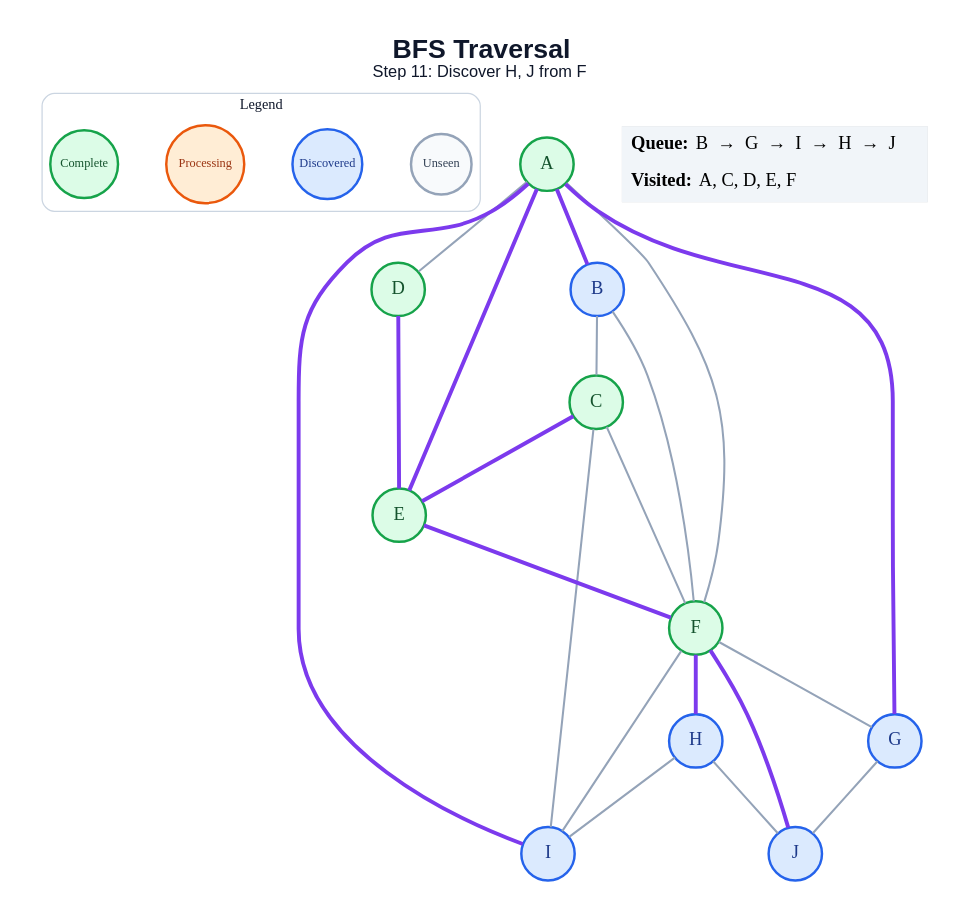
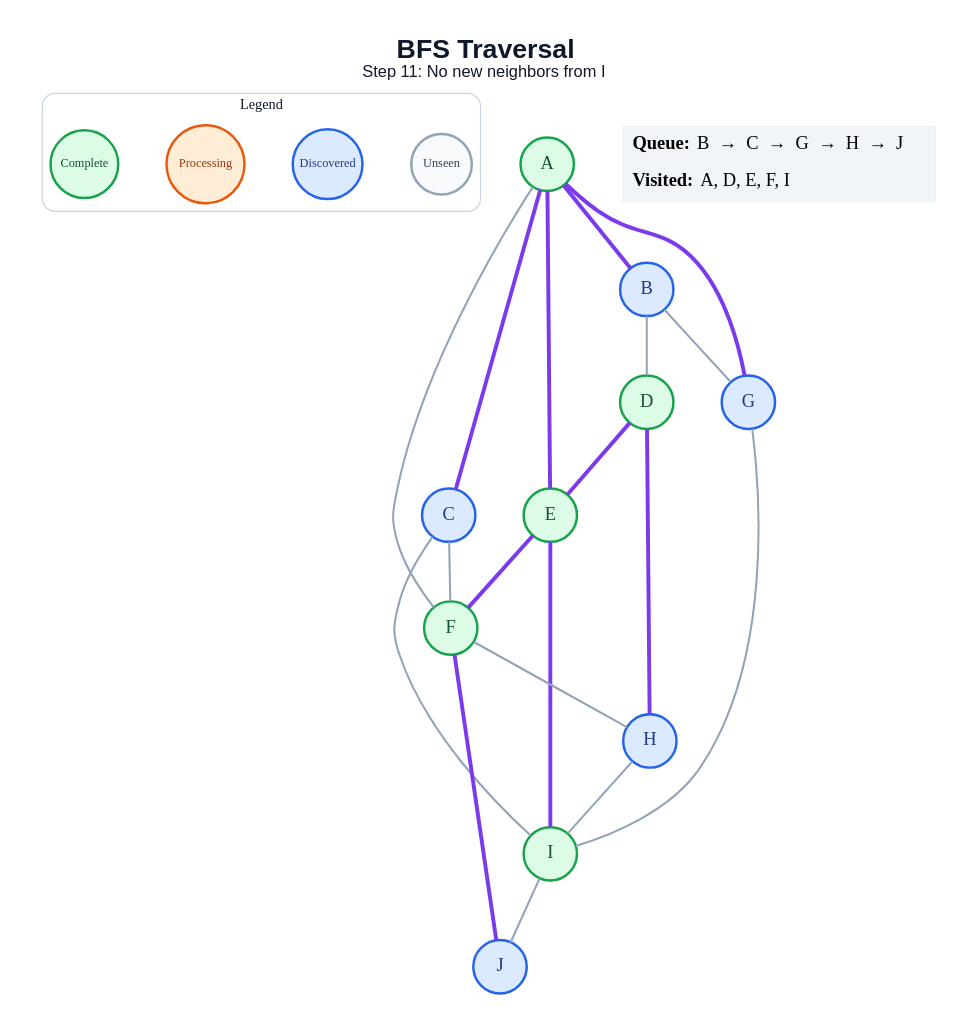
The diagram in generated/specific-node/bfs/step_11.dot (amanghodawala9/ai-slop), drawn with Graphviz before and after one commit. The commit also changed 178 other files, not shown here.

```diff
--- a/generated/specific-node/bfs/step_11.dot
+++ b/generated/specific-node/bfs/step_11.dot
@@ -1,49 +1,47 @@
 graph traversal {
   graph [layout=dot, rankdir=TB, bgcolor="#FFFFFF", pad="0.35", nodesep="0.65", ranksep="0.8", fontname="Arial"];
   node [shape=circle, style="filled", fontname="Arial Bold", fontsize=18, width=0.72, fixedsize=true, penwidth=2.4];
   edge [color="#94A3B8", penwidth=2.0];
-  label=<<B>BFS Traversal</B><BR/><FONT POINT-SIZE="16">Step 11: Discover H, J from F</FONT>>; labelloc="t"; fontsize=26; fontname="Arial"; fontcolor="#0F172A";
+  label=<<B>BFS Traversal</B><BR/><FONT POINT-SIZE="16">Step 11: No new neighbors from I</FONT>>; labelloc="t"; fontsize=26; fontname="Arial"; fontcolor="#0F172A";
   subgraph cluster_legend { label="Legend"; color="#CBD5E1"; penwidth=1.2; style="rounded"; fontsize=14; fontname="Arial Bold";
     key_unseen [label="Unseen", fillcolor="#F8FAFC", color="#94A3B8", fontcolor="#334155", fontsize=12, width=0.82];
     key_frontier [label="Discovered", fillcolor="#DBEAFE", color="#2563EB", fontcolor="#1E3A8A", fontsize=12, width=0.95];
     key_current [label="Processing", fillcolor="#FFEDD5", color="#EA580C", fontcolor="#9A3412", fontsize=12, width=1.05];
     key_done [label="Complete", fillcolor="#DCFCE7", color="#16A34A", fontcolor="#14532D", fontsize=12, width=0.92];
     { rank=same; key_unseen; key_frontier; key_current; key_done; }
   }
   A [fillcolor="#DCFCE7", color="#16A34A", fontcolor="#14532D"];
   B [fillcolor="#DBEAFE", color="#2563EB", fontcolor="#1E3A8A"];
-  C [fillcolor="#DCFCE7", color="#16A34A", fontcolor="#14532D"];
+  C [fillcolor="#DBEAFE", color="#2563EB", fontcolor="#1E3A8A"];
   D [fillcolor="#DCFCE7", color="#16A34A", fontcolor="#14532D"];
   E [fillcolor="#DCFCE7", color="#16A34A", fontcolor="#14532D"];
   F [fillcolor="#DCFCE7", color="#16A34A", fontcolor="#14532D"];
   G [fillcolor="#DBEAFE", color="#2563EB", fontcolor="#1E3A8A"];
   H [fillcolor="#DBEAFE", color="#2563EB", fontcolor="#1E3A8A"];
-  I [fillcolor="#DBEAFE", color="#2563EB", fontcolor="#1E3A8A"];
+  I [fillcolor="#DCFCE7", color="#16A34A", fontcolor="#14532D"];
   J [fillcolor="#DBEAFE", color="#2563EB", fontcolor="#1E3A8A"];
   A -- B [color="#7C3AED", penwidth=3.8];
-  A -- D;
+  A -- C [color="#7C3AED", penwidth=3.8];
   A -- E [color="#7C3AED", penwidth=3.8];
   A -- F;
   A -- G [color="#7C3AED", penwidth=3.8];
-  A -- I [color="#7C3AED", penwidth=3.8];
-  B -- C;
-  B -- F;
-  C -- E [color="#7C3AED", penwidth=3.8];
+  B -- D;
+  B -- G;
   C -- F;
   C -- I;
   D -- E [color="#7C3AED", penwidth=3.8];
+  D -- H [color="#7C3AED", penwidth=3.8];
   E -- F [color="#7C3AED", penwidth=3.8];
-  F -- G;
-  F -- H [color="#7C3AED", penwidth=3.8];
-  F -- I;
+  E -- I [color="#7C3AED", penwidth=3.8];
+  F -- H;
   F -- J [color="#7C3AED", penwidth=3.8];
-  G -- J;
+  G -- I;
   H -- I;
-  H -- J;
+  I -- J;
   status [shape=plain, fixedsize=false, width=0, height=0, margin=0, label=<
     <TABLE BORDER="0" CELLBORDER="0" CELLPADDING="7" BGCOLOR="#F1F5F9">
-      <TR><TD ALIGN="LEFT"><B>Queue:</B> B  →  G  →  I  →  H  →  J</TD></TR>
-      <TR><TD ALIGN="LEFT"><B>Visited:</B> A, C, D, E, F</TD></TR>
+      <TR><TD ALIGN="LEFT"><B>Queue:</B> B  →  C  →  G  →  H  →  J</TD></TR>
+      <TR><TD ALIGN="LEFT"><B>Visited:</B> A, D, E, F, I</TD></TR>
     </TABLE>
   >];
 }
```
